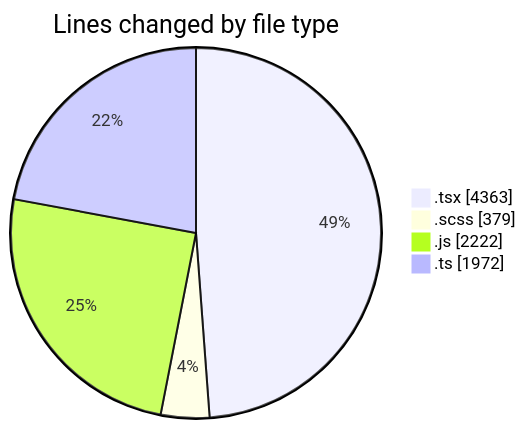
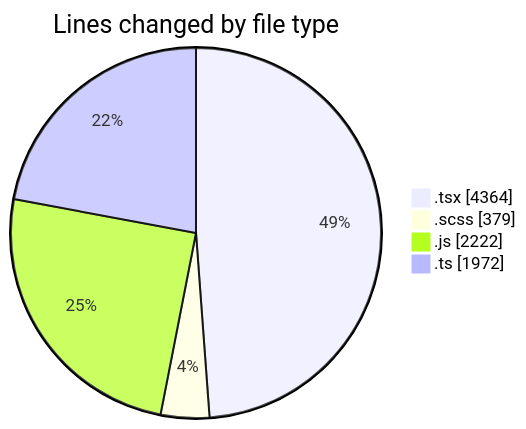
The first of 2 diagrams in 2026-06-17/cda/README.md (momahboobian/code-tracking), drawn with Mermaid before and after one commit. The commit also changed other lines of this file and 1 other file, not shown here.

````diff
--- a/2026-06-17/cda/README.md
+++ b/2026-06-17/cda/README.md
@@ -56,8 +56,8 @@
 ```mermaid
 pie showData
 title Lines changed by file type
-".tsx" : 4363
+".tsx" : 4364
 ".scss" : 379
 ".js" : 2222
 ".ts" : 1972
 ```
````
